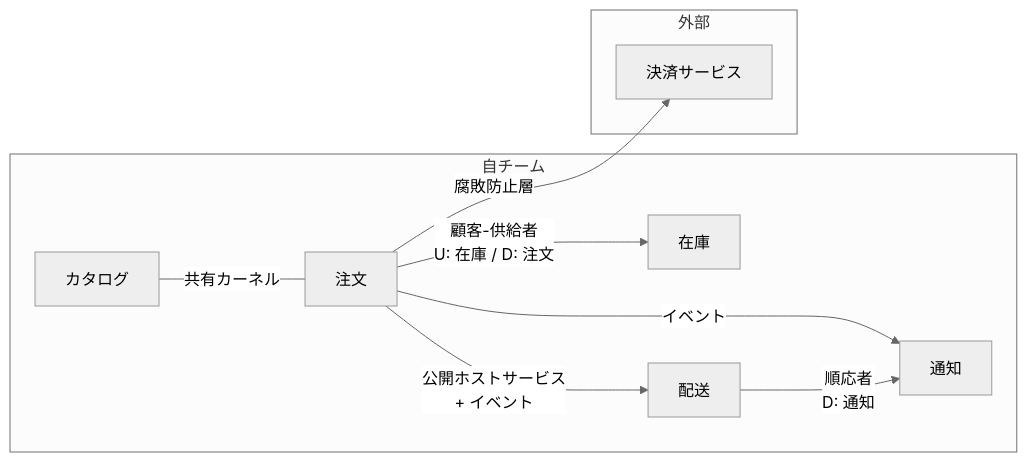
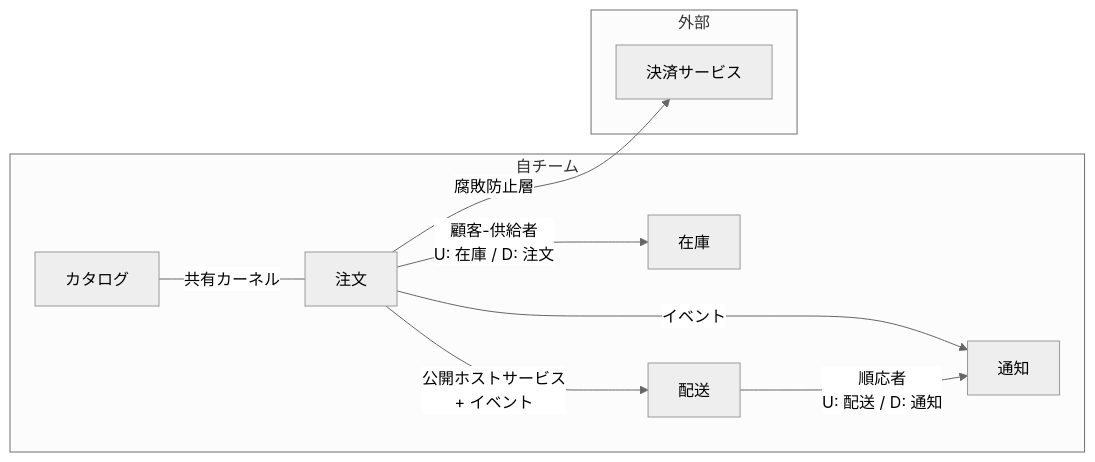
One commit to 135yshr/documents changed the second of 2 diagrams in articles/4415a24c8a2820.md. Above: the diagram before and after it, drawn with Mermaid (neutral theme). The commit also changed other lines of this file, not shown here.

First line of the commit message:
📝 fix: unify Mermaid arrow direction and add legend

````diff
--- a/articles/4415a24c8a2820.md
+++ b/articles/4415a24c8a2820.md
@@ -96,20 +96,20 @@
 ```mermaid
 graph LR
     subgraph 自チーム
         Order[注文]
         Inventory[在庫]
         Catalog[カタログ]
         Shipping[配送]
         Notification[通知]
     end
     subgraph 外部
         Payment[決済サービス]
     end
 
     Catalog -- "共有カーネル" --- Order
     Order -- "顧客-供給者<br/>U: 在庫 / D: 注文" --> Inventory
     Order -- "腐敗防止層" --> Payment
     Order -- "公開ホストサービス<br/>+ イベント" --> Shipping
     Order -- "イベント" --> Notification
-    Shipping -- "順応者<br/>D: 通知" --> Notification
+    Shipping -- "順応者<br/>U: 配送 / D: 通知" --> Notification
 ```
````
